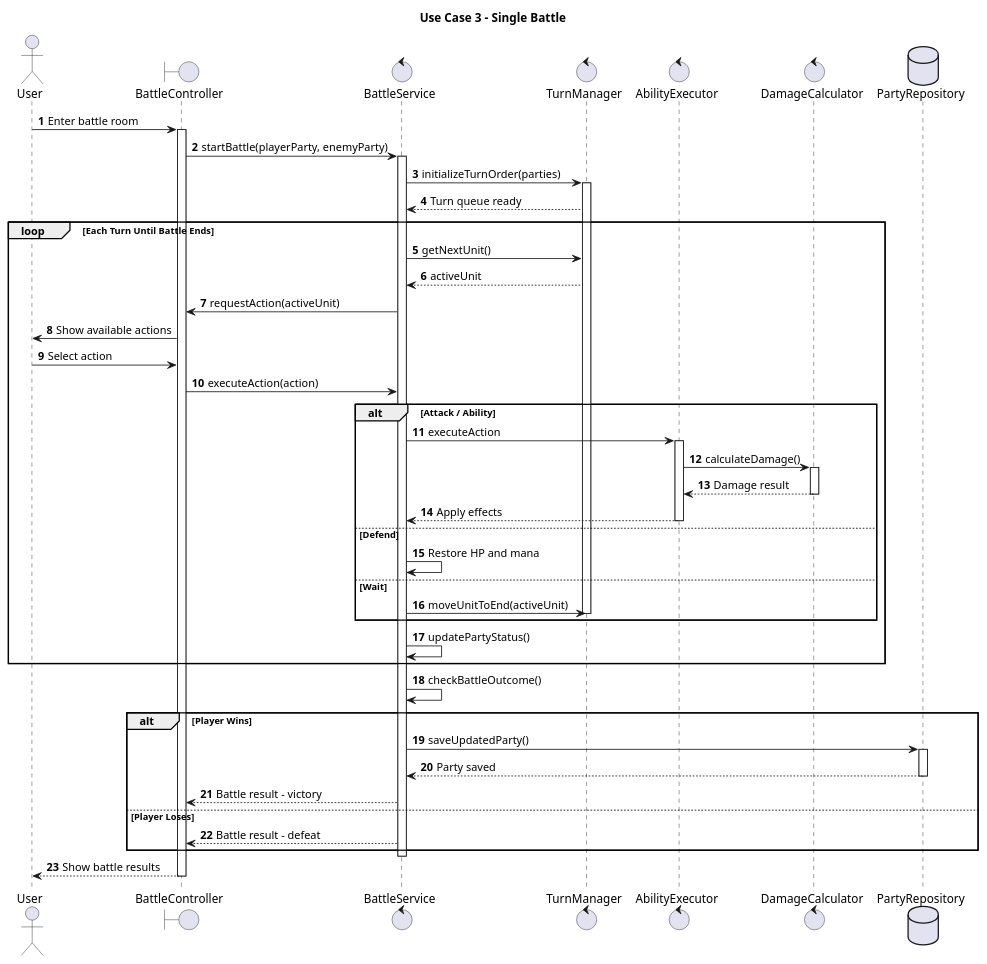
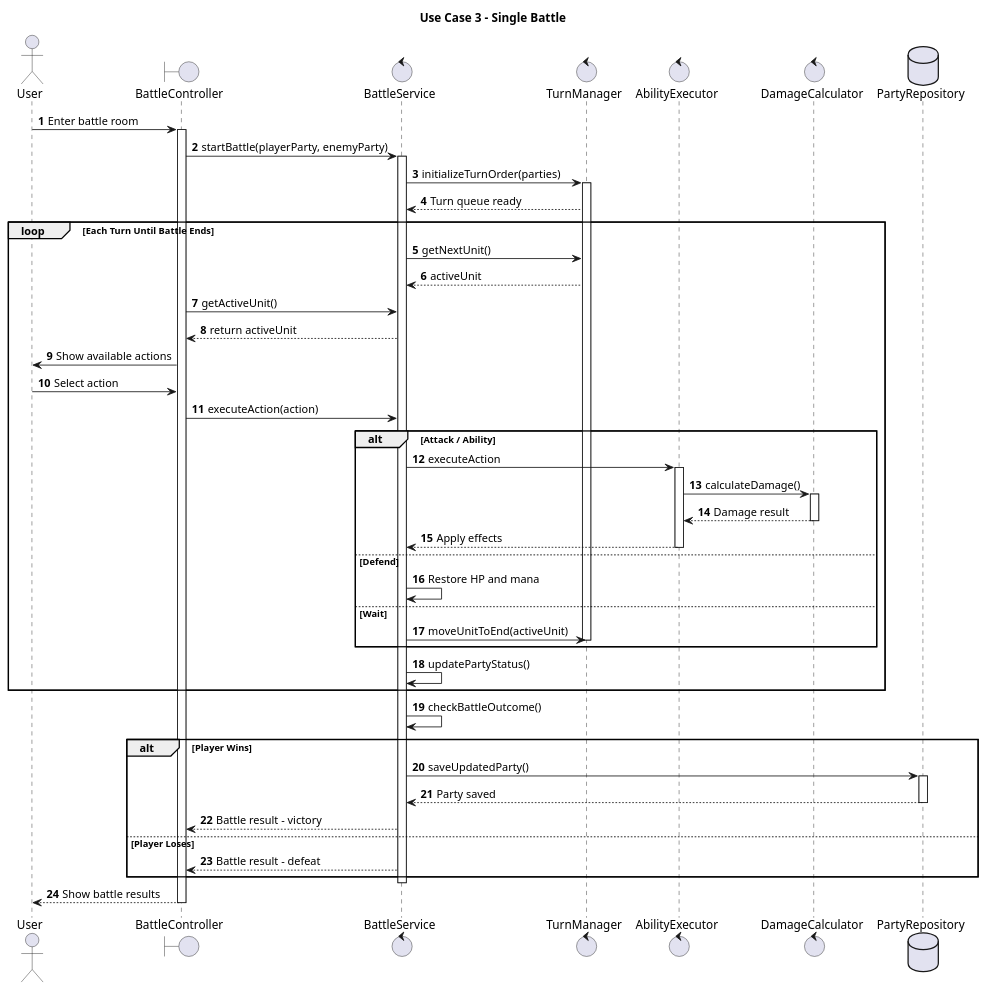
One commit to MohammedPatel-yorku/LegendsOfSwordAndWand changed the diagram in Sequence Diagrams/Use Case 3_Single Battle.puml. Above: the diagram before and after it, drawn with PlantUML. The commit also changed 13 other files, not shown here.

Commit message:
Diagrams Updated

```diff
--- a/Sequence Diagrams/Use Case 3_Single Battle.puml
+++ b/Sequence Diagrams/Use Case 3_Single Battle.puml
@@ -1,78 +1,79 @@
 @startuml
 'https://plantuml.com/sequence-diagram
 
 autonumber
 
 title Use Case 3 - Single Battle
 
 actor User
 boundary BattleController
 control BattleService
 control TurnManager
 control AbilityExecutor
 control DamageCalculator
 database PartyRepository
 
 User -> BattleController: Enter battle room
 activate BattleController
 
 BattleController -> BattleService: startBattle(playerParty, enemyParty)
 activate BattleService
 
 BattleService -> TurnManager: initializeTurnOrder(parties)
 activate TurnManager
 TurnManager --> BattleService: Turn queue ready
 
 loop Each Turn Until Battle Ends
     BattleService -> TurnManager: getNextUnit()
     TurnManager --> BattleService: activeUnit
 
-    BattleService -> BattleController: requestAction(activeUnit)
+    BattleController -> BattleService: getActiveUnit()
+    BattleService --> BattleController: return activeUnit
     BattleController -> User: Show available actions
 
     User -> BattleController: Select action
     BattleController -> BattleService: executeAction(action)
 
     alt Attack / Ability
         BattleService -> AbilityExecutor: executeAction
         activate AbilityExecutor
         AbilityExecutor -> DamageCalculator: calculateDamage()
         activate DamageCalculator
 
         DamageCalculator --> AbilityExecutor: Damage result
         deactivate DamageCalculator
         AbilityExecutor --> BattleService: Apply effects
         deactivate AbilityExecutor
 
     else Defend
         BattleService -> BattleService: Restore HP and mana
 
     else Wait
         BattleService -> TurnManager: moveUnitToEnd(activeUnit)
         deactivate TurnManager
     end
 
     BattleService -> BattleService: updatePartyStatus()
 end
 
 BattleService -> BattleService: checkBattleOutcome()
 
 alt Player Wins
     BattleService -> PartyRepository: saveUpdatedParty()
     activate PartyRepository
 
     PartyRepository --> BattleService: Party saved
     deactivate PartyRepository
 
     BattleService --> BattleController: Battle result - victory
 
 else Player Loses
     BattleService --> BattleController: Battle result - defeat
 end
 
 deactivate BattleService
 
 BattleController --> User: Show battle results
 deactivate BattleController
 
 @enduml
```
